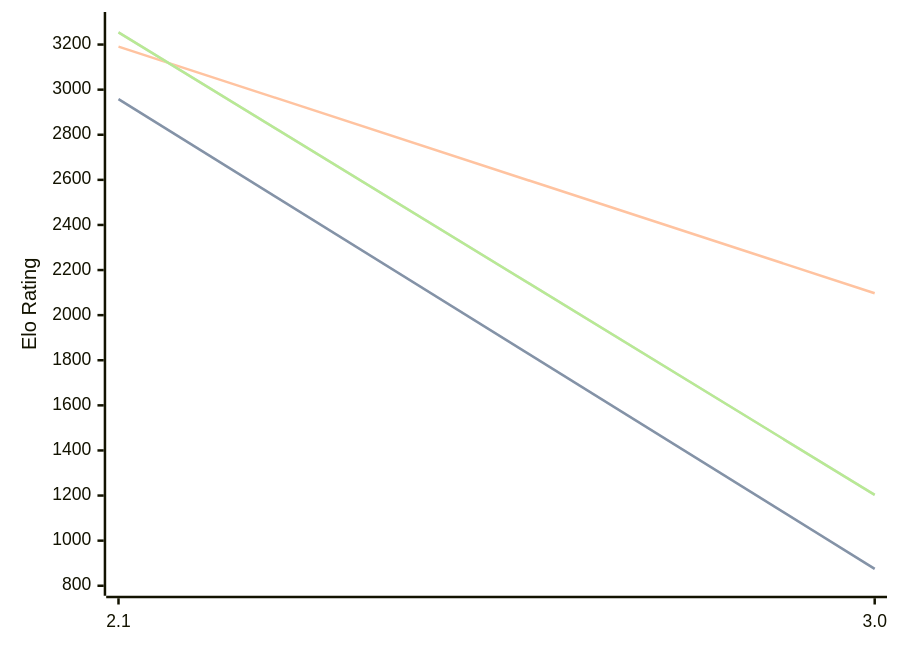
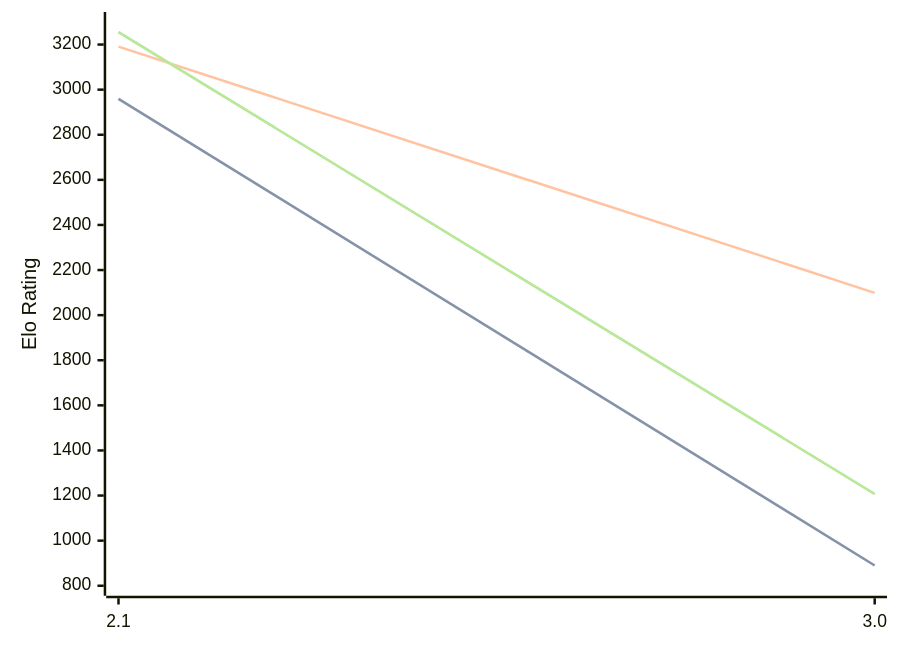
The diagram in engines/Quirky.md (computer-chess-index/cci), drawn with Mermaid before and after one commit. The commit also changed other lines of this file, not shown here.

Commit message:
Update CCI Ratings (ELO VLTC) - 2026-09-08

````diff
--- a/engines/Quirky.md
+++ b/engines/Quirky.md
@@ -32,11 +32,11 @@
 ```mermaid
 %%{init: {"theme":"base","themeVariables":{"seriesColors:['#a3a3a3','#222221','#faa371']}}}%%
 xychart-beta
   x-axis ["2.1", "3.0"]
   y-axis "Elo Rating" 800 --> 3300
-  line "" [2958, 875]
-  line "STC (8.0+0.08s)" [2958, 875]
-  line "LTC (60.0+0.60s)" [3191, 2097]
-  line "" [3254, 1203]
-  line "VLTC (2m24s+1.12s)" [3254, 1203]
+  line "" [2959, 890]
+  line "STC (8.0+0.08s)" [2959, 890]
+  line "LTC (60.0+0.60s)" [3191, 2099]
+  line "" [3255, 1207]
+  line "VLTC (2m24s+1.12s)" [3255, 1207]
 ```
````
